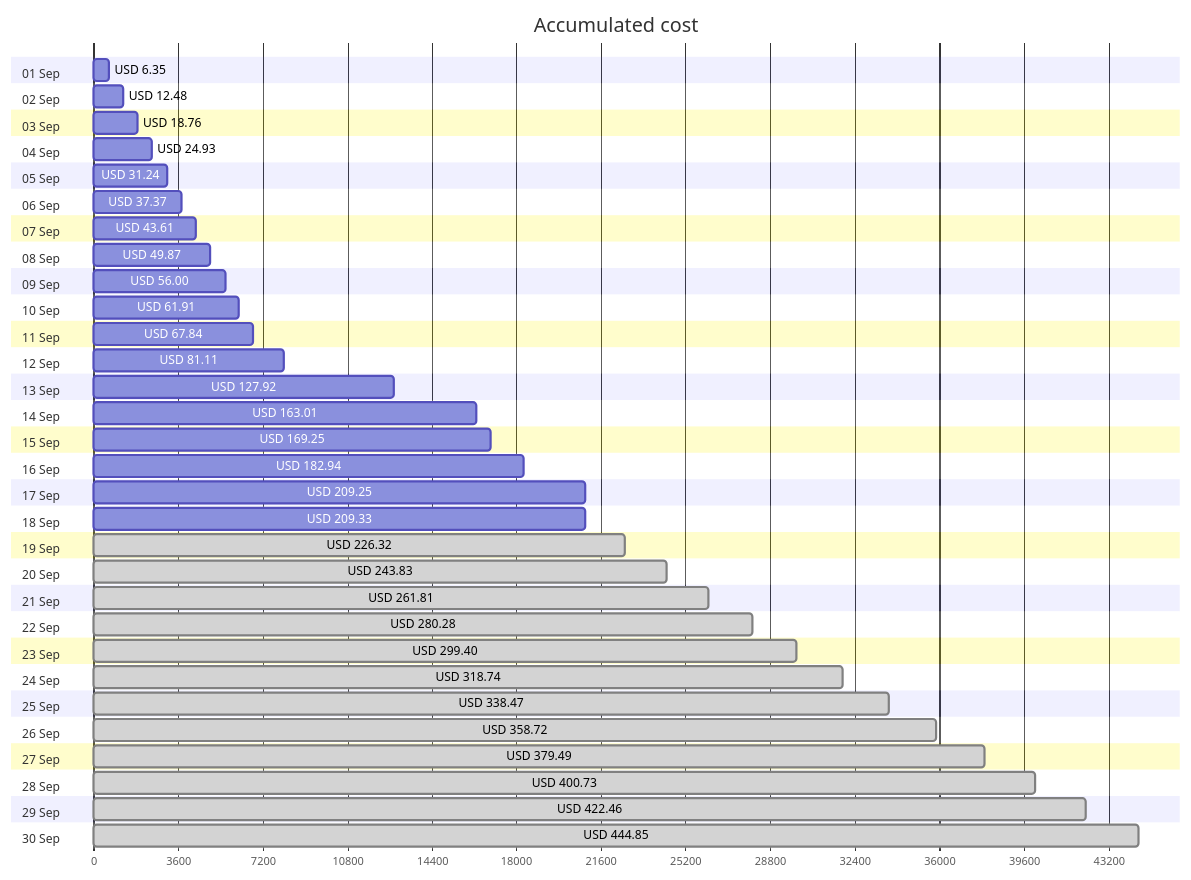
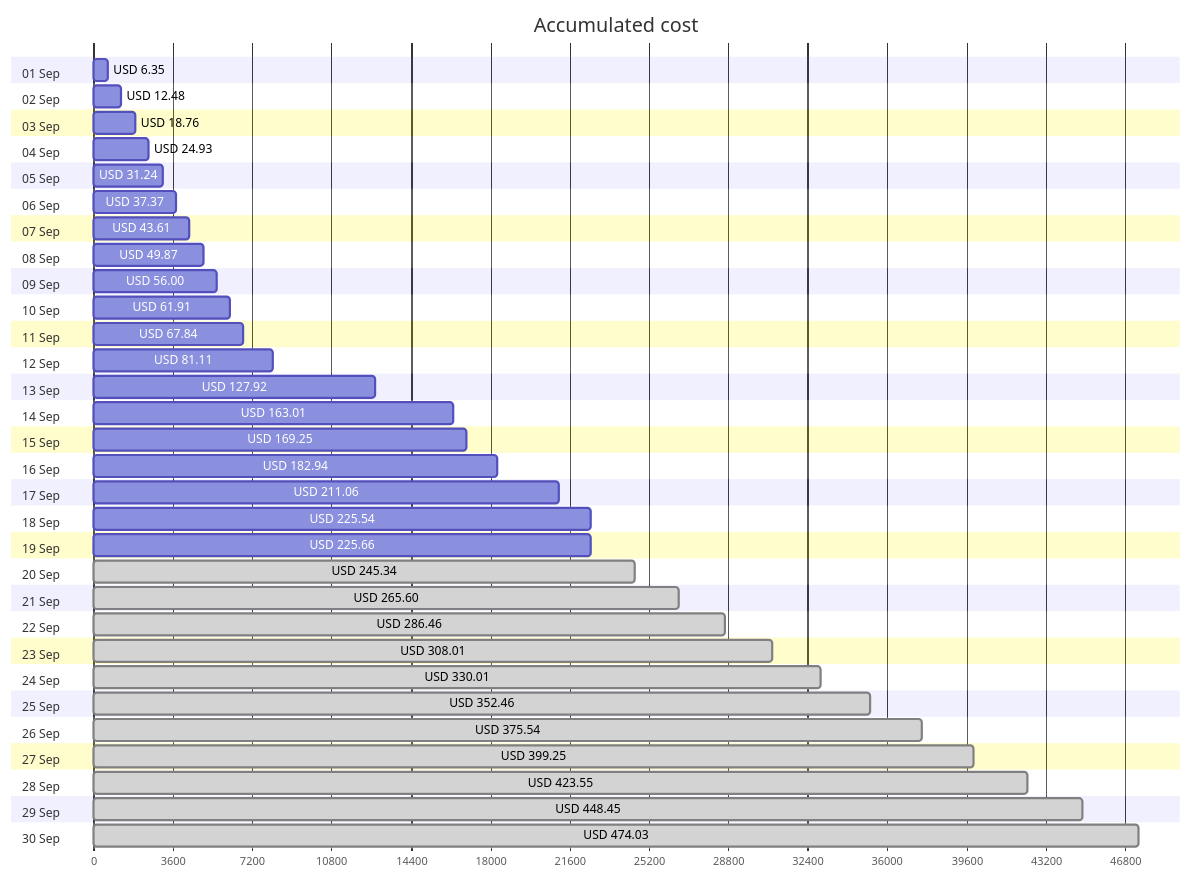
One commit to jpfulton/azure-personal-reports changed the first of 4 diagrams in cost-reports/accumulated-cost.md. Above: the diagram before and after it, drawn with Mermaid. The commit also changed other lines of this file and 4 other files, not shown here.

````diff
--- a/cost-reports/accumulated-cost.md
+++ b/cost-reports/accumulated-cost.md
@@ -20,66 +20,66 @@
 ```mermaid
 gantt
    title Accumulated cost
    dateFormat  X
    axisFormat %s
    section 01 Sep
    USD 6.35 :0, 635
    section 02 Sep
    USD 12.48 :0, 1248
    section 03 Sep
    USD 18.76 :0, 1876
    section 04 Sep
    USD 24.93 :0, 2493
    section 05 Sep
    USD 31.24 :0, 3124
    section 06 Sep
    USD 37.37 :0, 3737
    section 07 Sep
    USD 43.61 :0, 4361
    section 08 Sep
    USD 49.87 :0, 4987
    section 09 Sep
    USD 56.00 :0, 5600
    section 10 Sep
    USD 61.91 :0, 6191
    section 11 Sep
    USD 67.84 :0, 6784
    section 12 Sep
    USD 81.11 :0, 8111
    section 13 Sep
    USD 127.92 :0, 12792
    section 14 Sep
    USD 163.01 :0, 16301
    section 15 Sep
    USD 169.25 :0, 16925
    section 16 Sep
    USD 182.94 :0, 18294
    section 17 Sep
-   USD 209.25 :0, 20925
+   USD 211.06 :0, 21106
    section 18 Sep
-   USD 209.33 :0, 20933
+   USD 225.54 :0, 22554
    section 19 Sep
-   USD 226.32 : done, 0, 22632
+   USD 225.66 :0, 22566
    section 20 Sep
-   USD 243.83 : done, 0, 24383
+   USD 245.34 : done, 0, 24534
    section 21 Sep
-   USD 261.81 : done, 0, 26181
+   USD 265.60 : done, 0, 26560
    section 22 Sep
-   USD 280.28 : done, 0, 28028
+   USD 286.46 : done, 0, 28646
    section 23 Sep
-   USD 299.40 : done, 0, 29940
+   USD 308.01 : done, 0, 30801
    section 24 Sep
-   USD 318.74 : done, 0, 31874
+   USD 330.01 : done, 0, 33001
    section 25 Sep
-   USD 338.47 : done, 0, 33847
+   USD 352.46 : done, 0, 35246
    section 26 Sep
-   USD 358.72 : done, 0, 35872
+   USD 375.54 : done, 0, 37554
    section 27 Sep
-   USD 379.49 : done, 0, 37949
+   USD 399.25 : done, 0, 39925
    section 28 Sep
-   USD 400.73 : done, 0, 40073
+   USD 423.55 : done, 0, 42355
    section 29 Sep
-   USD 422.46 : done, 0, 42246
+   USD 448.45 : done, 0, 44845
    section 30 Sep
-   USD 444.85 : done, 0, 44485
+   USD 474.03 : done, 0, 47403
 ```
````
